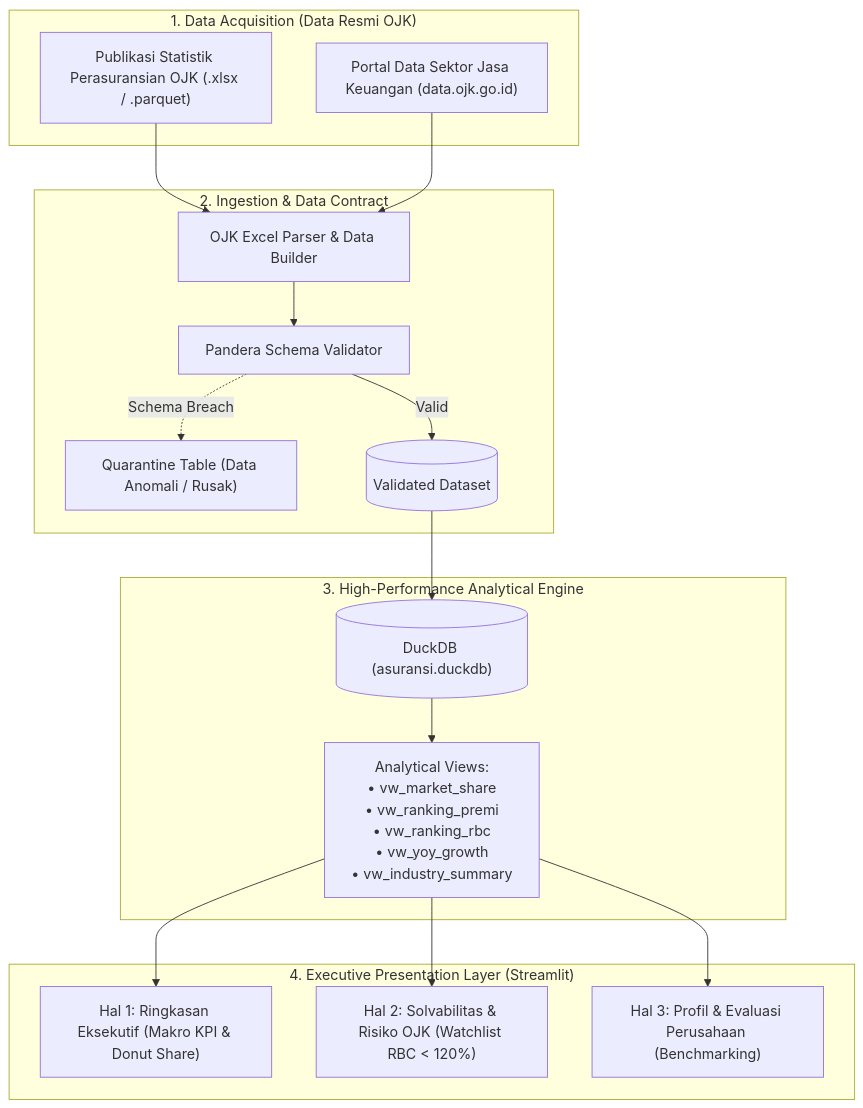
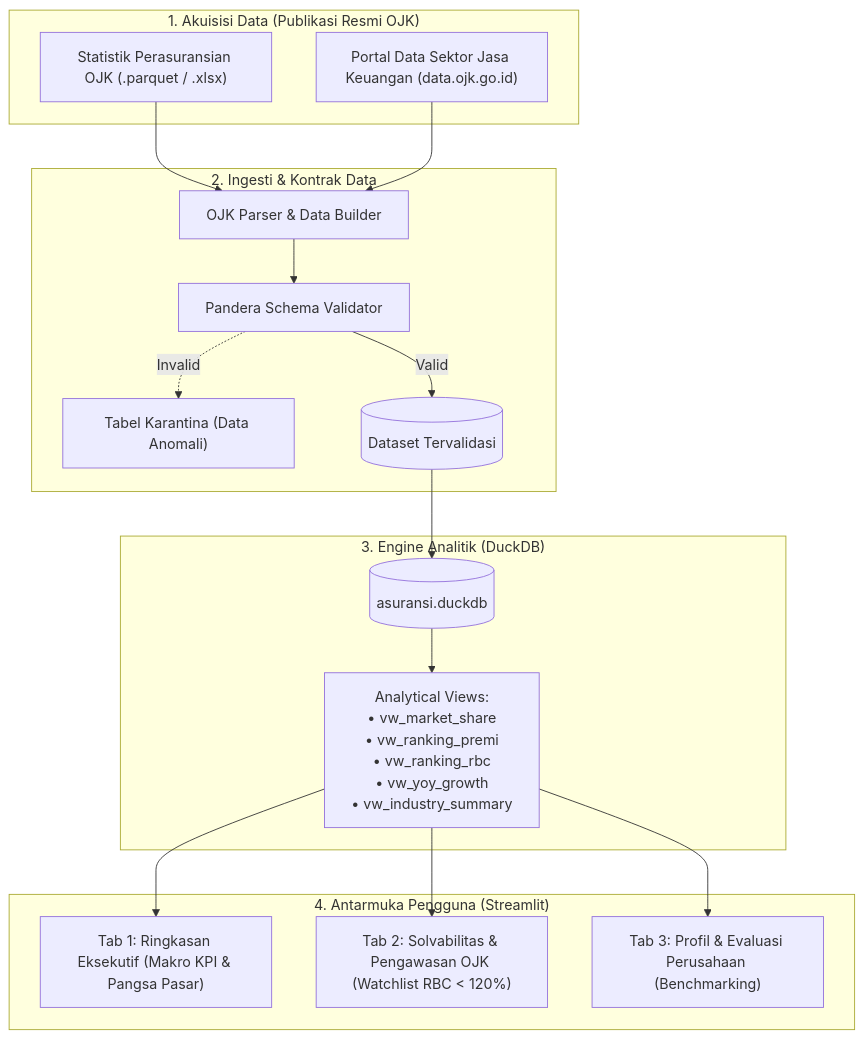
Before and after one commit to brianilham/market-intelligence-solvency-dashboard: the diagram in docs/ARCHITECTURE.md, drawn with Mermaid. The commit also changed other lines of this file and 3 other files, not shown here.

````diff
--- a/docs/ARCHITECTURE.md
+++ b/docs/ARCHITECTURE.md
@@ -11,35 +11,35 @@
 ```mermaid
 flowchart TD
     %% Source
-    subgraph Acquisition["1. Data Acquisition (Data Resmi OJK)"]
-        A1["Publikasi Statistik Perasuransian OJK (.xlsx / .parquet)"]
+    subgraph Acquisition["1. Akuisisi Data (Publikasi Resmi OJK)"]
+        A1["Statistik Perasuransian OJK (.parquet / .xlsx)"]
         A2["Portal Data Sektor Jasa Keuangan (data.ojk.go.id)"]
     end
 
     %% Ingestion & Contract
-    subgraph Ingestion["2. Ingestion & Data Contract"]
-        B["OJK Excel Parser & Data Builder"]
+    subgraph Ingestion["2. Ingesti & Kontrak Data"]
+        B["OJK Parser & Data Builder"]
         C["Pandera Schema Validator"]
-        D["Quarantine Table (Data Anomali / Rusak)"]
-        E[("Validated Dataset")]
+        D["Tabel Karantina (Data Anomali)"]
+        E[("Dataset Tervalidasi")]
         
         A1 --> B
         A2 --> B
         B --> C
         C -->|Valid| E
-        C -.->|Schema Breach| D
+        C -.->|Invalid| D
     end
 
     %% Storage & Engine
-    subgraph StorageEngine["3. High-Performance Analytical Engine"]
-        E --> F[("DuckDB (asuransi.duckdb)")]
+    subgraph StorageEngine["3. Engine Analitik (DuckDB)"]
+        E --> F[("asuransi.duckdb")]
         F --> G["Analytical Views:\n• vw_market_share\n• vw_ranking_premi\n• vw_ranking_rbc\n• vw_yoy_growth\n• vw_industry_summary"]
     end
 
     %% Presentation
-    subgraph Delivery["4. Executive Presentation Layer (Streamlit)"]
-        G --> H["Hal 1: Ringkasan Eksekutif (Makro KPI & Donut Share)"]
-        G --> I["Hal 2: Solvabilitas & Risiko OJK (Watchlist RBC < 120%)"]
-        G --> J["Hal 3: Profil & Evaluasi Perusahaan (Benchmarking)"]
+    subgraph Delivery["4. Antarmuka Pengguna (Streamlit)"]
+        G --> H["Tab 1: Ringkasan Eksekutif (Makro KPI & Pangsa Pasar)"]
+        G --> I["Tab 2: Solvabilitas & Pengawasan OJK (Watchlist RBC < 120%)"]
+        G --> J["Tab 3: Profil & Evaluasi Perusahaan (Benchmarking)"]
     end
 ```
````
